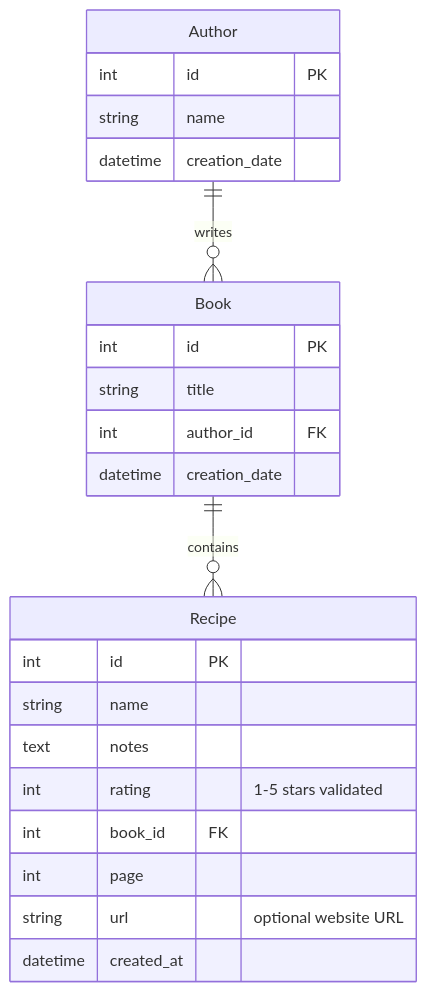
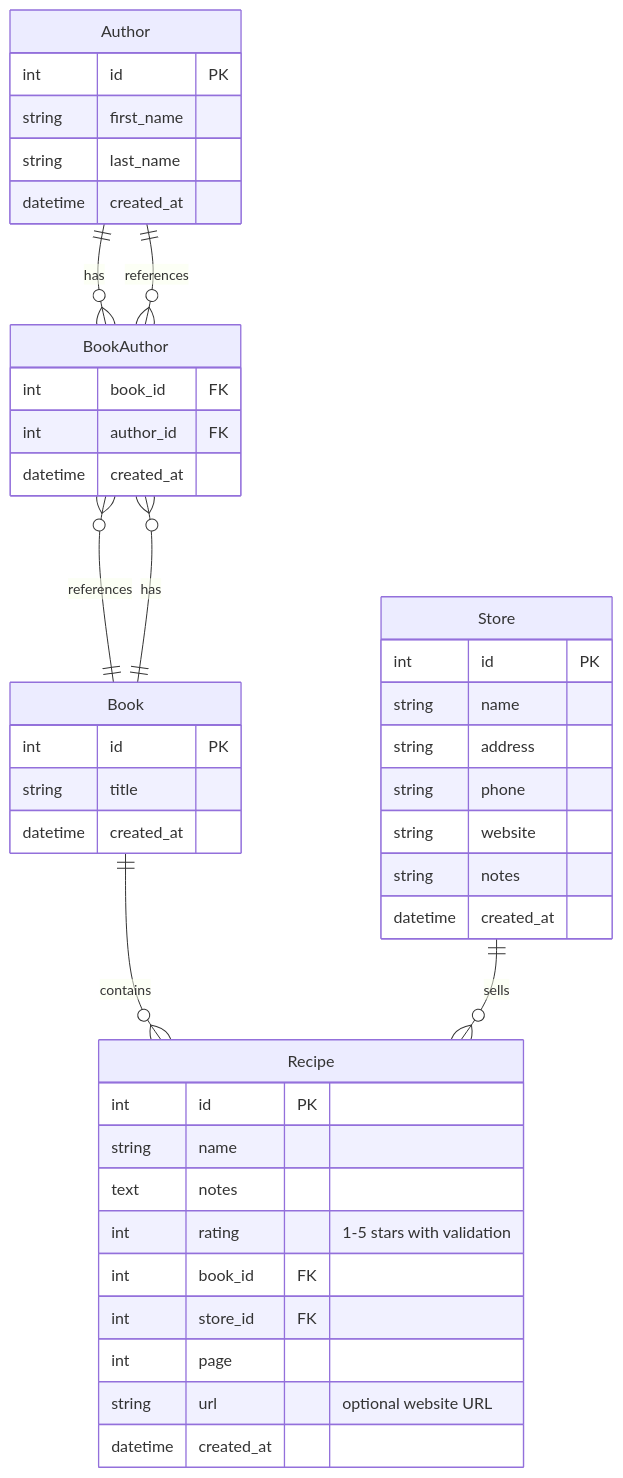
Before and after one commit to mongeon/RecettesIndex: the diagram in docs/API.md, drawn with Mermaid. The commit also changed other lines of this file and 2 other files, not shown here.

````diff
--- a/docs/API.md
+++ b/docs/API.md
@@ -118,29 +151,50 @@
 ```mermaid
 erDiagram
-    Author ||--o{ Book : "writes"
+    Author ||--o{ BookAuthor : "has"
+    Book ||--o{ BookAuthor : "has"
+    BookAuthor }o--|| Author : "references"
+    BookAuthor }o--|| Book : "references"
     Book ||--o{ Recipe : "contains"
+    Store ||--o{ Recipe : "sells"
     
     Author {
         int id PK
-        string name
-        datetime creation_date
+        string first_name
+        string last_name
+        datetime created_at
     }
     
     Book {
         int id PK
         string title
+        datetime created_at
+    }
+
+    BookAuthor {
+        int book_id FK
         int author_id FK
-        datetime creation_date
+        datetime created_at
+    }
+    
+    Store {
+        int id PK
+        string name
+        string address
+        string phone
+        string website
+        string notes
+        datetime created_at
     }
     
     Recipe {
         int id PK
         string name
         text notes
-        int rating "1-5 stars validated"
+        int rating "1-5 stars with validation"
         int book_id FK
+        int store_id FK
         int page
         string url "optional website URL"
         datetime created_at
     }
 ```
````
